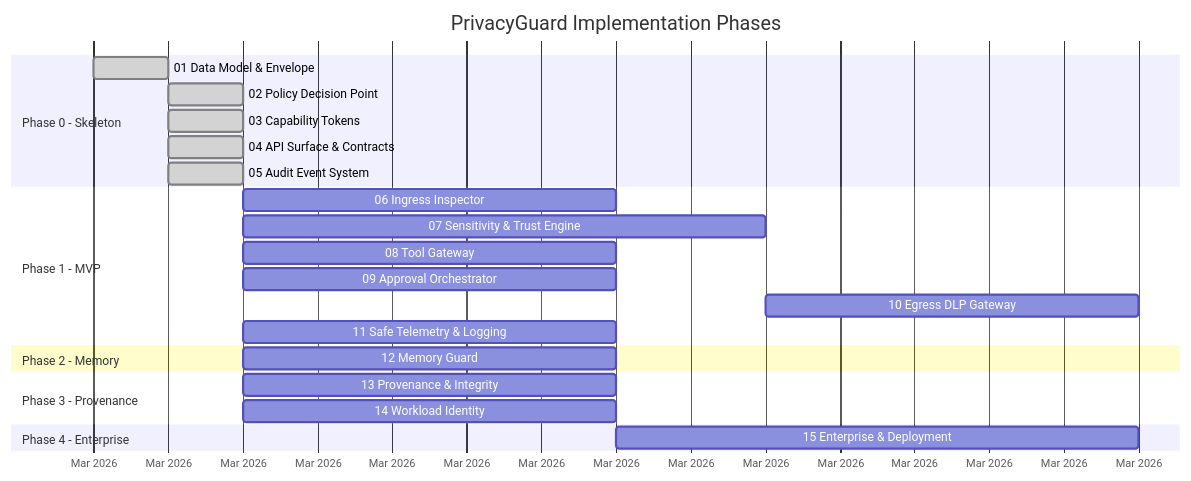
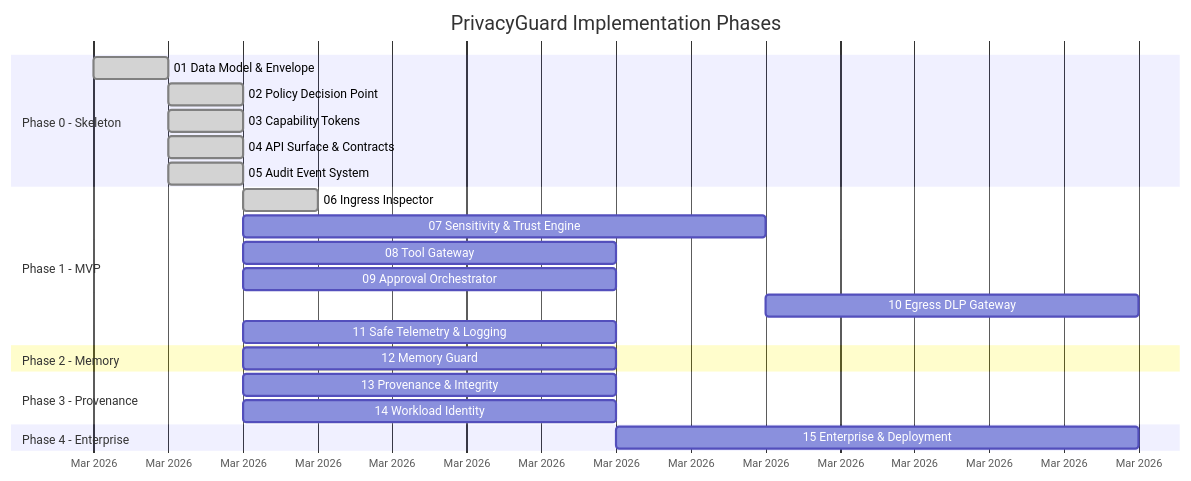
The second of 2 diagrams in README.md (vvoffsec/PrivacyGuard), drawn with Mermaid before and after one commit. The commit also changed other lines of this file and 16 other files, not shown here.

````diff
--- a/README.md
+++ b/README.md
@@ -125,31 +125,31 @@
 ```mermaid
 gantt
     title PrivacyGuard Implementation Phases
     dateFormat YYYY-MM-DD
     axisFormat %b %Y
 
     section Phase 0 - Skeleton
     01 Data Model & Envelope        :done, p01, 2026-03-07, 1d
     02 Policy Decision Point        :done, p02, after p01, 1d
     03 Capability Tokens            :done, p03, after p01, 1d
     04 API Surface & Contracts      :done, p04, after p01, 1d
     05 Audit Event System           :done, p05, after p01, 1d
 
     section Phase 1 - MVP
-    06 Ingress Inspector            :p06, after p02, 5d
+    06 Ingress Inspector            :done, p06, after p02, 1d
     07 Sensitivity & Trust Engine   :p07, after p02, 7d
     08 Tool Gateway                 :p08, after p02, 5d
     09 Approval Orchestrator        :p09, after p02, 5d
     10 Egress DLP Gateway           :p10, after p07, 5d
     11 Safe Telemetry & Logging     :p11, after p05, 5d
 
     section Phase 2 - Memory
     12 Memory Guard                 :p12, after p02, 5d
 
     section Phase 3 - Provenance
     13 Provenance & Integrity       :p13, after p05, 5d
     14 Workload Identity            :p14, after p03, 5d
 
     section Phase 4 - Enterprise
     15 Enterprise & Deployment      :p15, after p12, 7d
 ```
````
